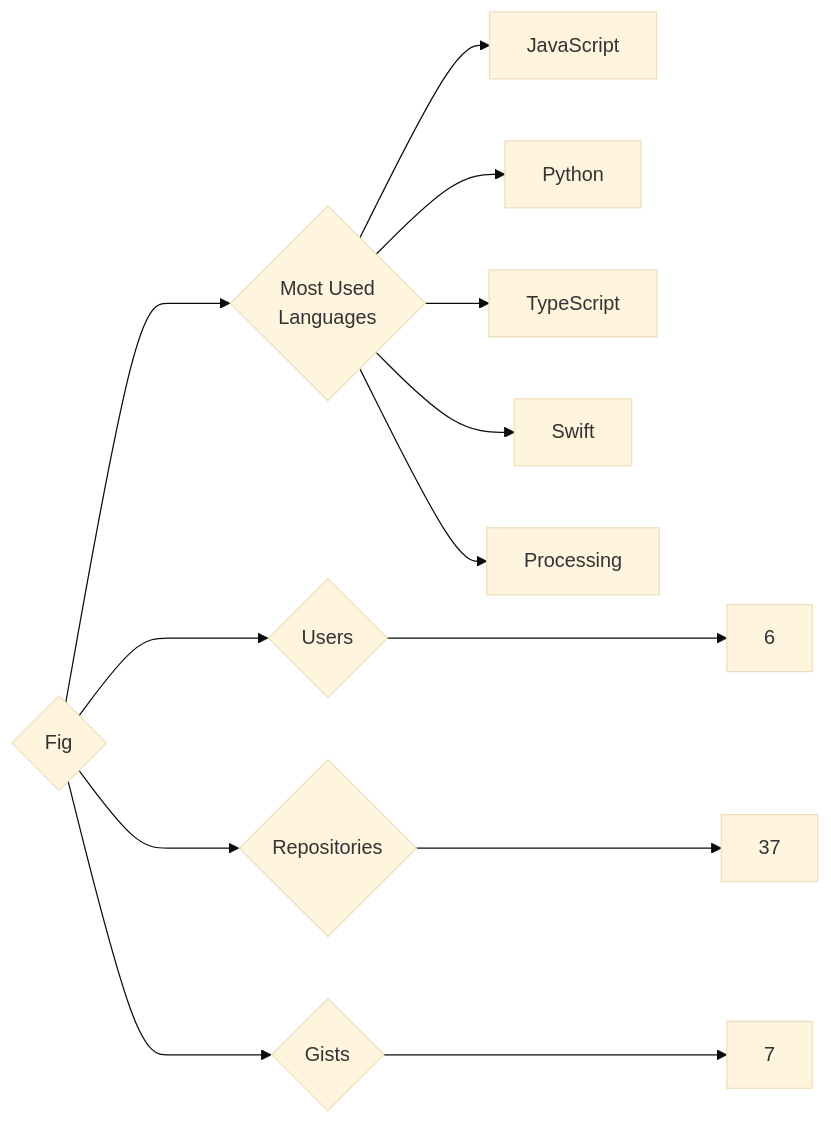
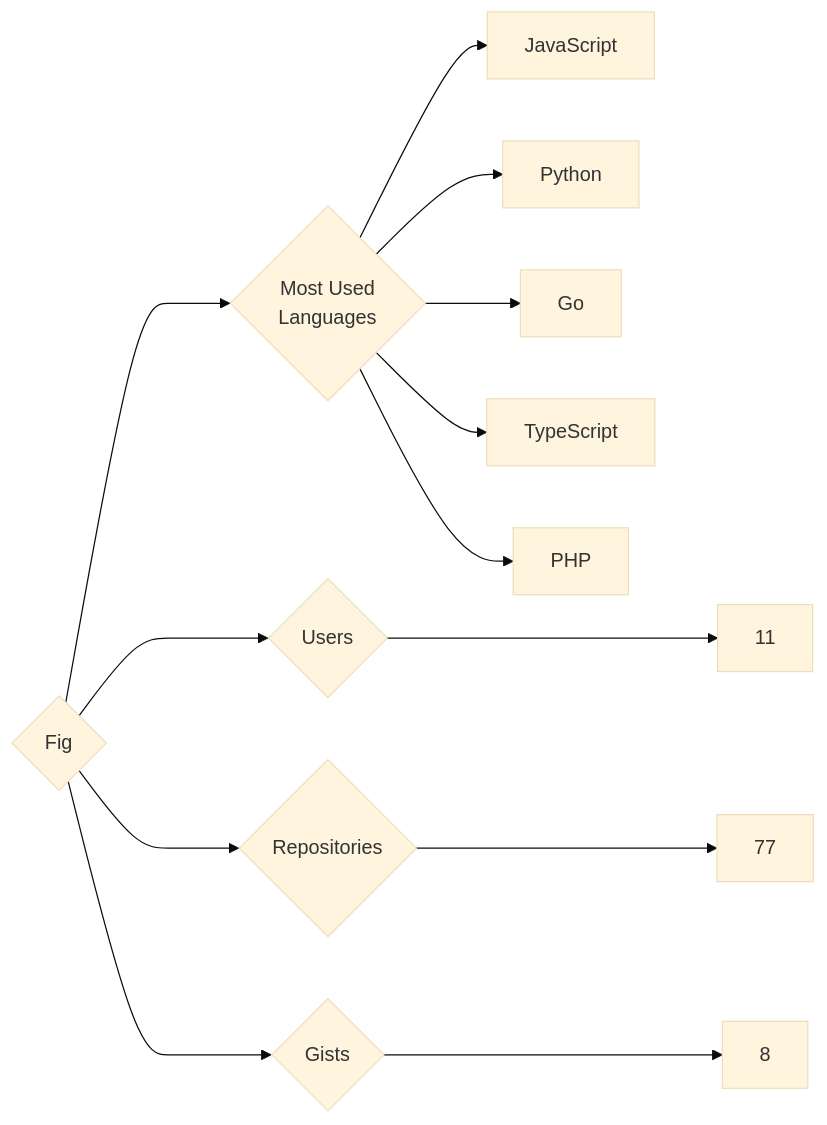
One commit to trickest/insiders changed the diagram in targets/Fig/README.md. Above: the diagram before and after it, drawn with Mermaid (base theme). The commit also changed 930 other files, not shown here.

````diff
--- a/targets/Fig/README.md
+++ b/targets/Fig/README.md
@@ -3,13 +3,13 @@
 ```mermaid
 graph LR
 COMPANY_NAME{Fig}
-COMPANY_NAME ---> U{Users} ---> UN[6]
-COMPANY_NAME ---> R{Repositories} ---> RN[37]
-COMPANY_NAME ---> G{Gists} ---> GN[7]
+COMPANY_NAME ---> U{Users} ---> UN[11]
+COMPANY_NAME ---> R{Repositories} ---> RN[77]
+COMPANY_NAME ---> G{Gists} ---> GN[8]
 COMPANY_NAME ---> ML{Most Used<br>Languages}
 ML --> JavaScript[JavaScript]
 ML --> Python[Python]
+ML --> Go[Go]
 ML --> TypeScript[TypeScript]
-ML --> Swift[Swift]
-ML --> Processing[Processing]
+ML --> PHP[PHP]
 ```
````
